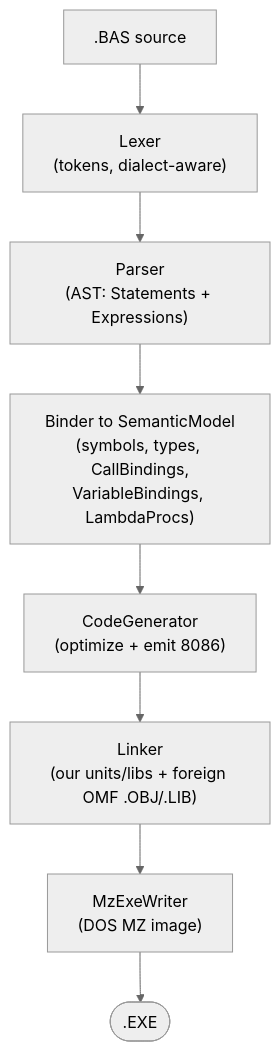
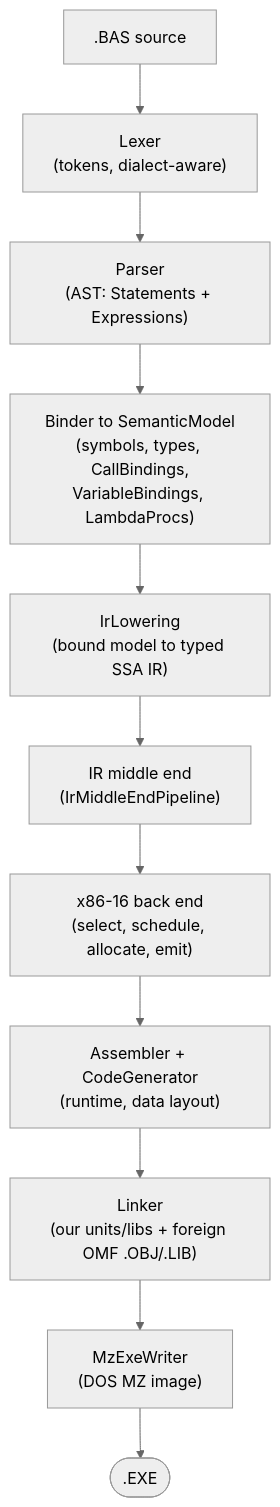
Before and after one commit to Hawkynt/PB-Compiler: the first of 6 diagrams in docs/PIPELINE.md, drawn with Mermaid (neutral theme). The commit also changed other lines of this file and 695 other files, not shown here.

````diff
--- a/docs/PIPELINE.md
+++ b/docs/PIPELINE.md
@@ -8,10 +8,13 @@
 ```mermaid
 flowchart TD
   SRC[".BAS source"] --> LEX["Lexer<br/>(tokens, dialect-aware)"]
   LEX --> PARSE["Parser<br/>(AST: Statements + Expressions)"]
   PARSE --> BIND["Binder to SemanticModel<br/>(symbols, types, CallBindings,<br/>VariableBindings, LambdaProcs)"]
-  BIND --> CG["CodeGenerator<br/>(optimize + emit 8086)"]
-  CG --> LINK["Linker<br/>(our units/libs + foreign OMF .OBJ/.LIB)"]
+  BIND --> LOWER["IrLowering<br/>(bound model to typed SSA IR)"]
+  LOWER --> MID["IR middle end<br/>(IrMiddleEndPipeline)"]
+  MID --> BE["x86-16 back end<br/>(select, schedule, allocate, emit)"]
+  BE --> ASM["Assembler + CodeGenerator<br/>(runtime, data layout)"]
+  ASM --> LINK["Linker<br/>(our units/libs + foreign OMF .OBJ/.LIB)"]
   LINK --> MZ["MzExeWriter<br/>(DOS MZ image)"]
   MZ --> EXE([".EXE"])
 ```
````
